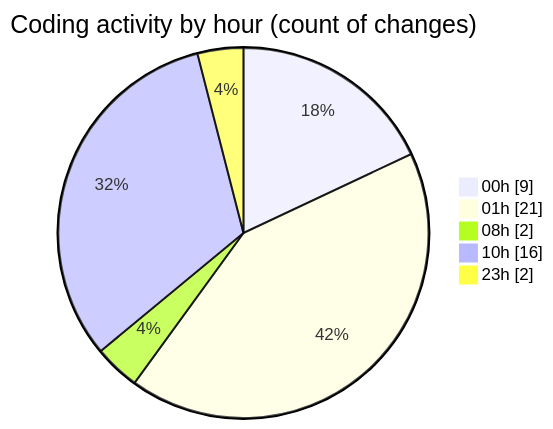
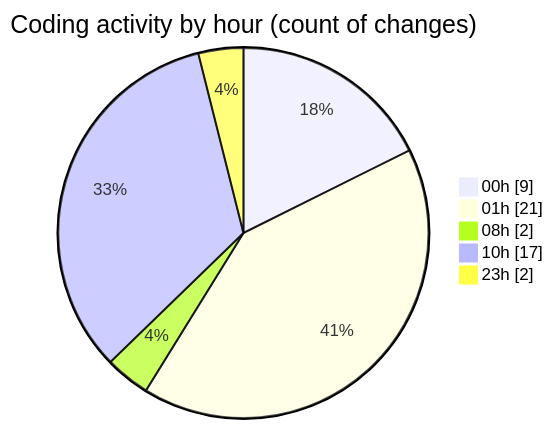
The second of 2 diagrams in 2025-01-31/react/README.md (Elitesun/code-tracking), drawn with Mermaid before and after one commit. The commit also changed other lines of this file and 1 other file, not shown here.

````diff
--- a/2025-01-31/react/README.md
+++ b/2025-01-31/react/README.md
@@ -42,9 +43,9 @@
 ```mermaid
 pie showData
 title Coding activity by hour (count of changes)
 "00h" : 9
 "01h" : 21
 "08h" : 2
-"10h" : 16
+"10h" : 17
 "23h" : 2
 ```
````
